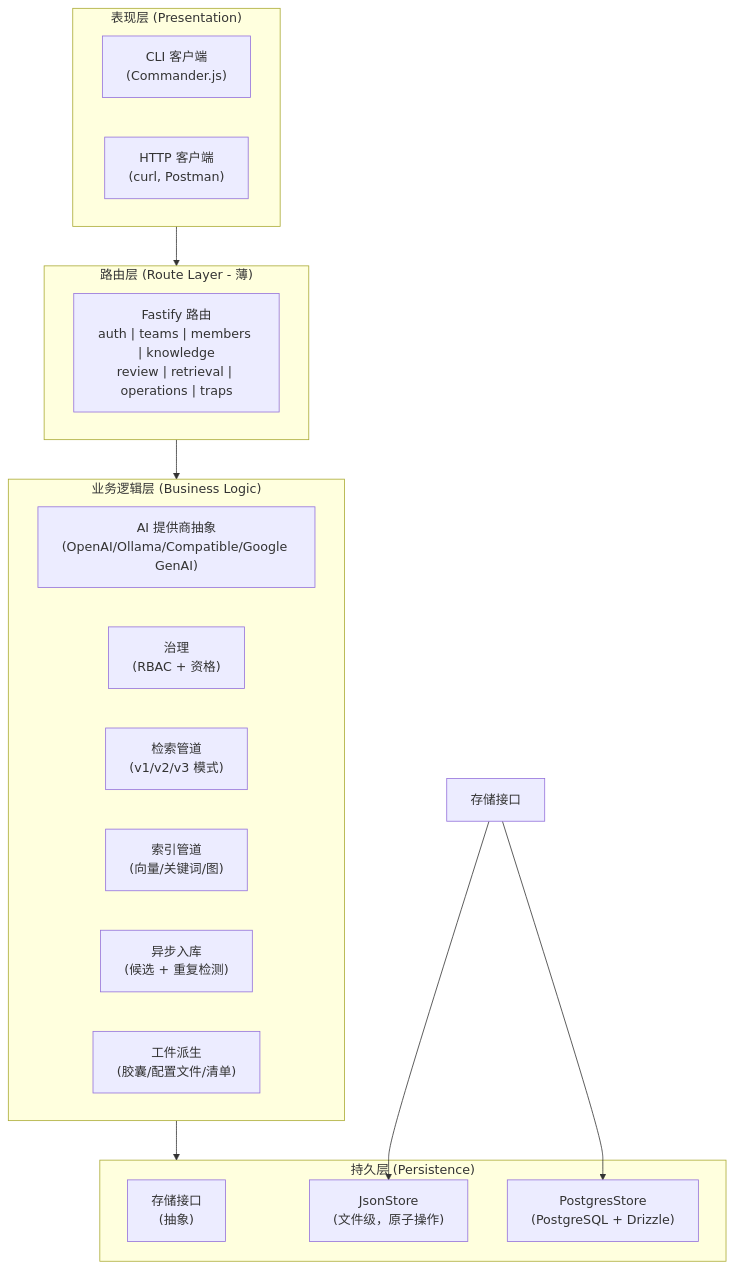
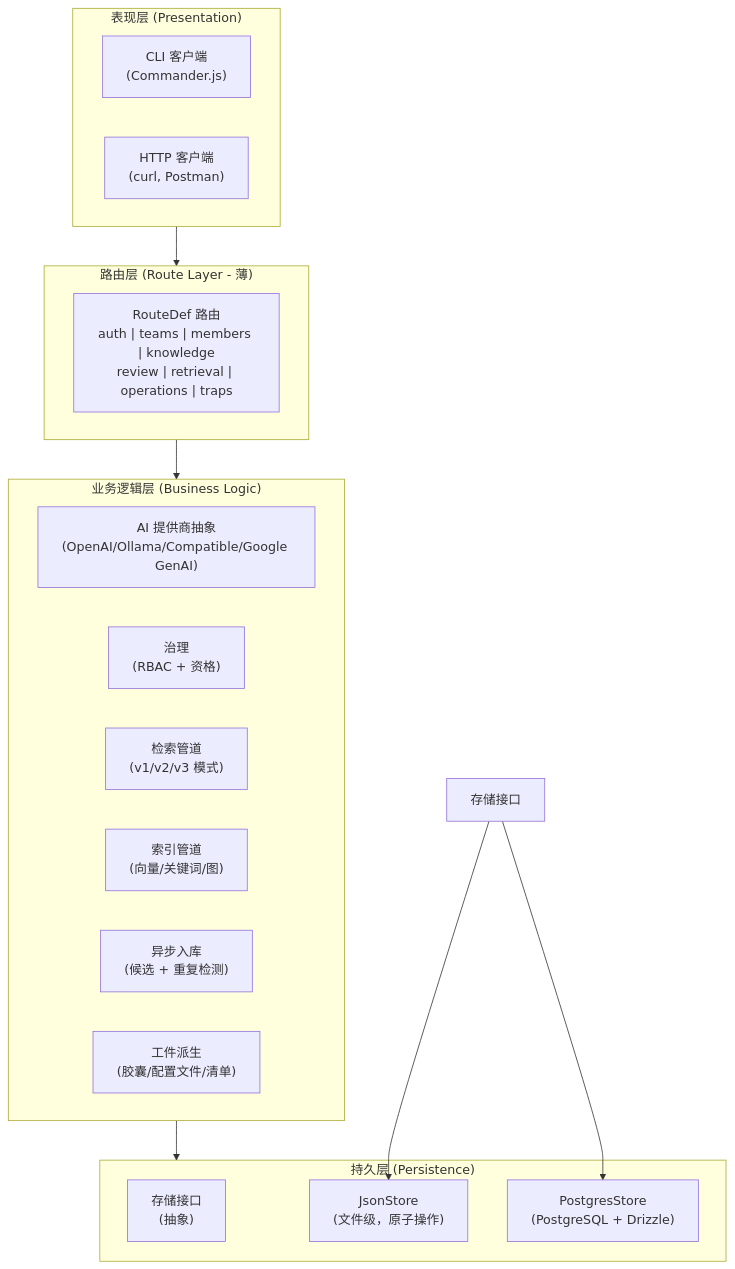
The first of 8 diagrams in docs/architecture/ARCHITECTURE.md (pofossette/TrapMap-for-vibing), drawn with Mermaid before and after one commit. The commit also changed other lines of this file and 3 other files, not shown here.

First line of the commit message:
docs: align truth sources and architecture docs with RouteDef and domain layers

````diff
--- a/docs/architecture/ARCHITECTURE.md
+++ b/docs/architecture/ARCHITECTURE.md
@@ -205,32 +213,32 @@
 ```mermaid
 flowchart TB
     subgraph 表现层["表现层 (Presentation)"]
         CLI["CLI 客户端<br/>(Commander.js)"]
         HTTP["HTTP 客户端<br/>(curl, Postman)"]
     end
 
     subgraph 路由层["路由层 (Route Layer - 薄)"]
-        Routes["Fastify 路由<br/>auth | teams | members | knowledge<br/>review | retrieval | operations | traps"]
+        Routes["RouteDef 路由<br/>auth | teams | members | knowledge<br/>review | retrieval | operations | traps"]
     end
 
     subgraph 业务逻辑层["业务逻辑层 (Business Logic)"]
         AI["AI 提供商抽象<br/>(OpenAI/Ollama/Compatible/Google GenAI)"]
         Gov["治理<br/>(RBAC + 资格)"]
         Ret["检索管道<br/>(v1/v2/v3 模式)"]
         Idx["索引管道<br/>(向量/关键词/图)"]
         Ing["异步入库<br/>(候选 + 重复检测)"]
         Art["工件派生<br/>(胶囊/配置文件/清单)"]
     end
 
     subgraph 持久层["持久层 (Persistence)"]
         StoreInt["存储接口<br/>(抽象)"]
         JsonStore["JsonStore<br/>(文件级，原子操作)"]
         PgStore["PostgresStore<br/>(PostgreSQL + Drizzle)"]
     end
 
     表现层 --> 路由层
     路由层 --> 业务逻辑层
     业务逻辑层 --> 持久层
     存储接口 --> JsonStore
     存储接口 --> PgStore
 ```
````
